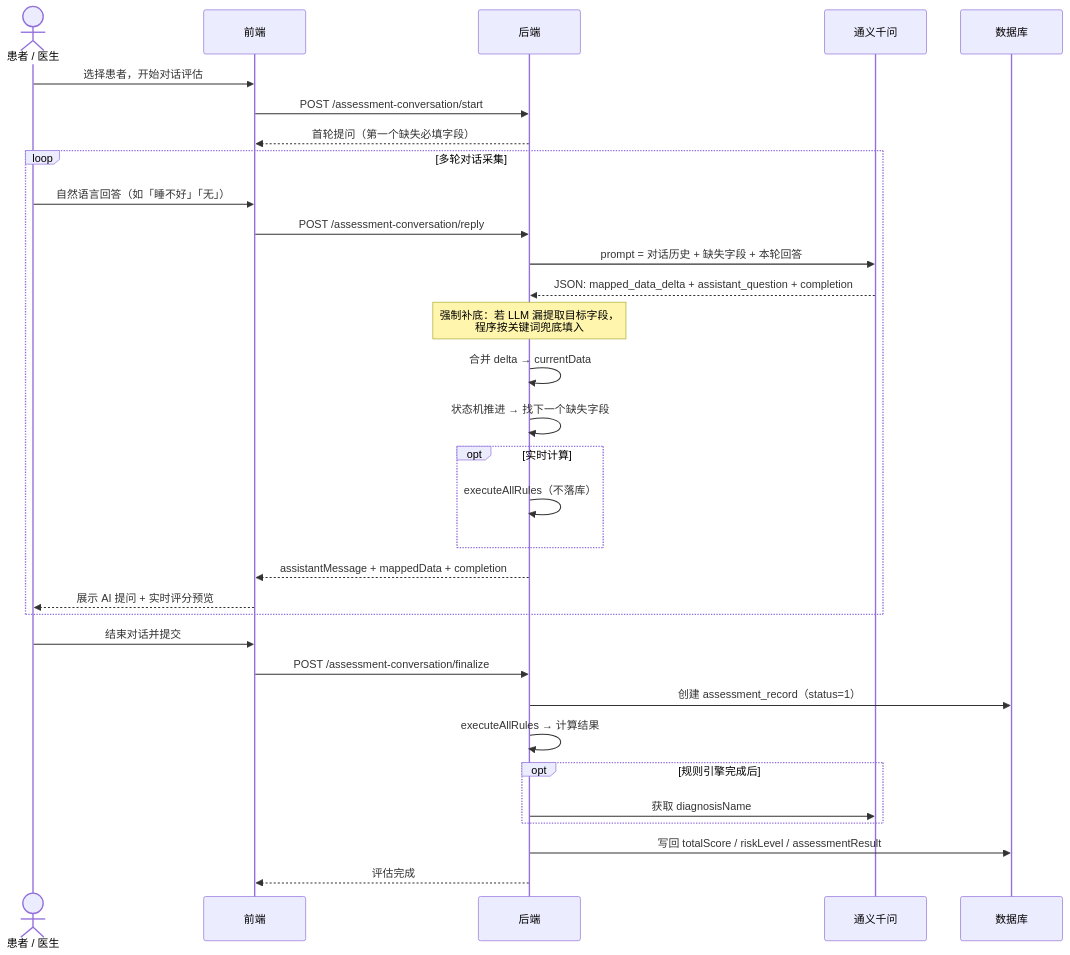
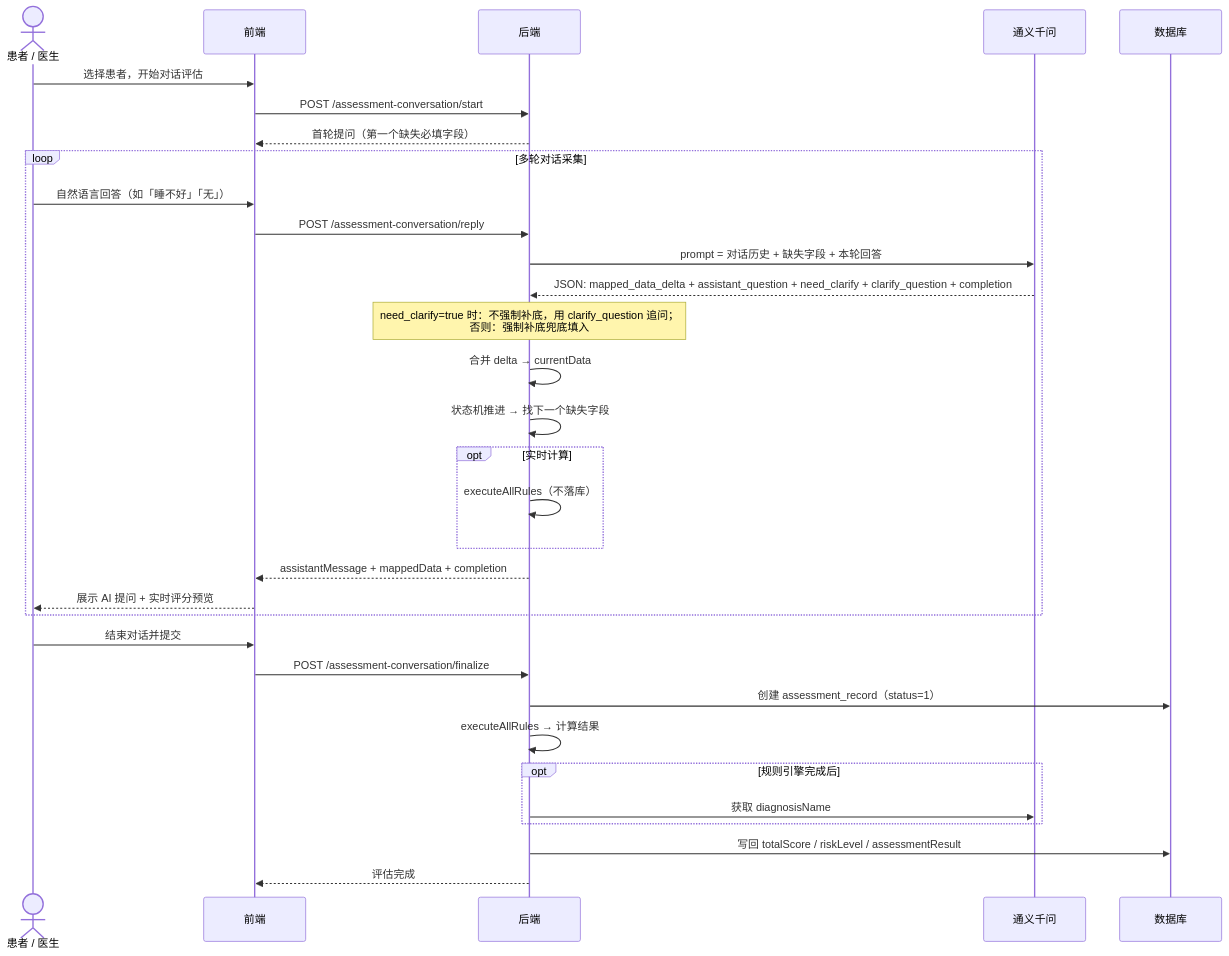
One commit to Axi-code/structured-clinical-assessment-tool-system changed the third of 10 diagrams in docs/core-data-flows.md. Above: the diagram before and after it, drawn with Mermaid. The commit also changed other lines of this file and 4 other files, not shown here.

Commit message:
新增核心数据流图

````diff
--- a/docs/core-data-flows.md
+++ b/docs/core-data-flows.md
@@ -107,37 +107,37 @@
 ```mermaid
 sequenceDiagram
     actor U as 患者 / 医生
     participant F as 前端
     participant B as 后端
     participant LLM as 通义千问
     participant DB as 数据库
 
     U->>F: 选择患者，开始对话评估
     F->>B: POST /assessment-conversation/start
     B-->>F: 首轮提问（第一个缺失必填字段）
 
     loop 多轮对话采集
         U->>F: 自然语言回答（如「睡不好」「无」）
         F->>B: POST /assessment-conversation/reply
         B->>LLM: prompt = 对话历史 + 缺失字段 + 本轮回答
-        LLM-->>B: JSON: mapped_data_delta + assistant_question + completion
-        Note over B: 强制补底：若 LLM 漏提取目标字段，<br/>程序按关键词兜底填入
+        LLM-->>B: JSON: mapped_data_delta + assistant_question + need_clarify + clarify_question + completion
+        Note over B: need_clarify=true 时：不强制补底，用 clarify_question 追问；<br/>否则：强制补底兜底填入
         B->>B: 合并 delta → currentData
         B->>B: 状态机推进 → 找下一个缺失字段
         opt 实时计算
             B->>B: executeAllRules（不落库）
         end
         B-->>F: assistantMessage + mappedData + completion
         F-->>U: 展示 AI 提问 + 实时评分预览
     end
 
     U->>F: 结束对话并提交
     F->>B: POST /assessment-conversation/finalize
     B->>DB: 创建 assessment_record（status=1）
     B->>B: executeAllRules → 计算结果
     opt 规则引擎完成后
         B->>LLM: 获取 diagnosisName
     end
     B->>DB: 写回 totalScore / riskLevel / assessmentResult
     B-->>F: 评估完成
 ```
````
